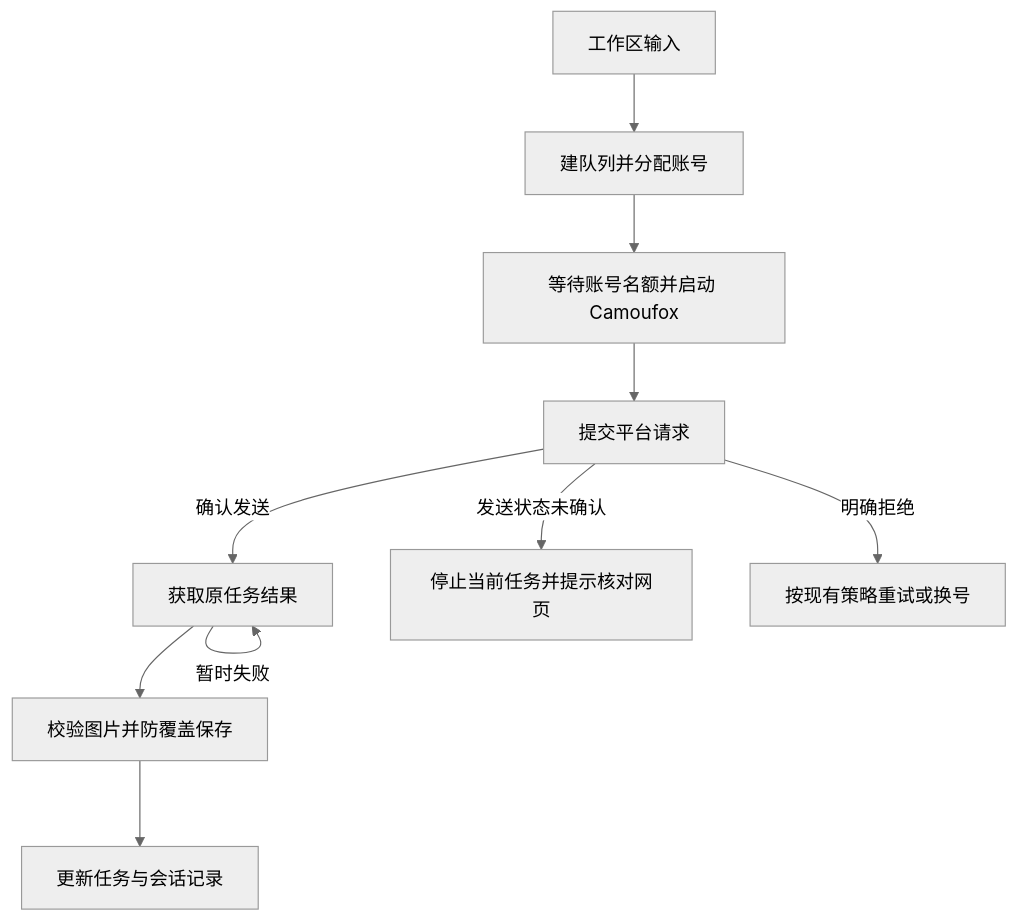
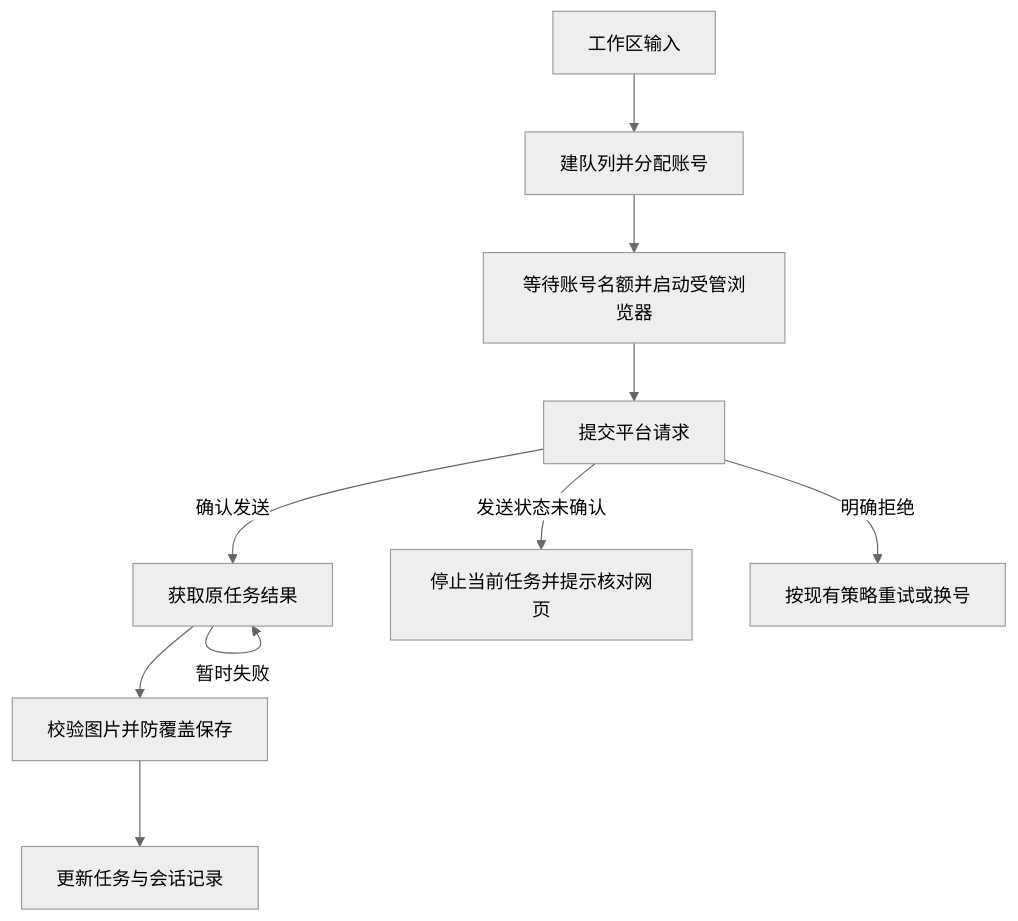
One commit to xxww0098/tulai changed the diagram in docs/CORE_FLOW.md. Above: the diagram before and after it, drawn with Mermaid (neutral theme). The commit also changed other lines of this file and 822 other files, not shown here.

````diff
--- a/docs/CORE_FLOW.md
+++ b/docs/CORE_FLOW.md
@@ -9,12 +18,12 @@
 ```mermaid
 flowchart TD
     A[工作区输入] --> B[建队列并分配账号]
-    B --> C[等待账号名额并启动 Camoufox]
+    B --> C[等待账号名额并启动受管浏览器]
     C --> D[提交平台请求]
     D -->|确认发送| E[获取原任务结果]
     D -->|发送状态未确认| U[停止当前任务并提示核对网页]
     D -->|明确拒绝| R[按现有策略重试或换号]
     E --> F[校验图片并防覆盖保存]
     E -->|暂时失败| E
     F --> G[更新任务与会话记录]
 ```
````
